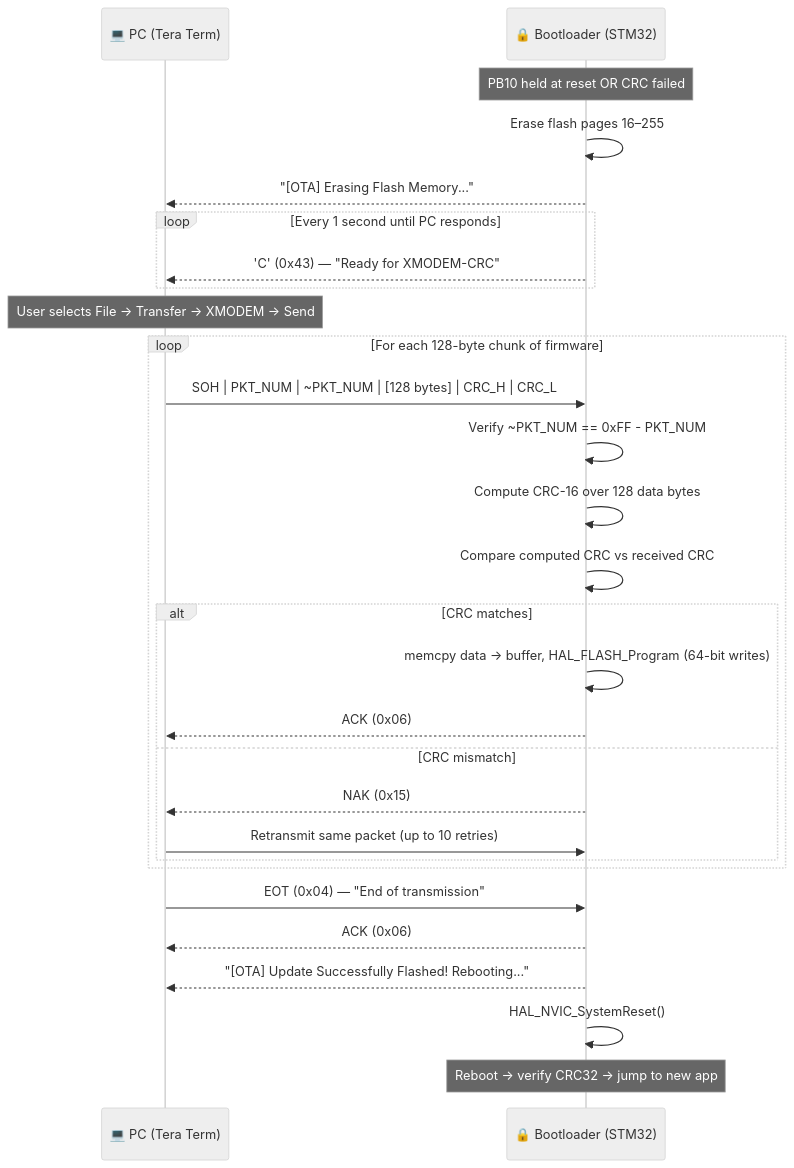
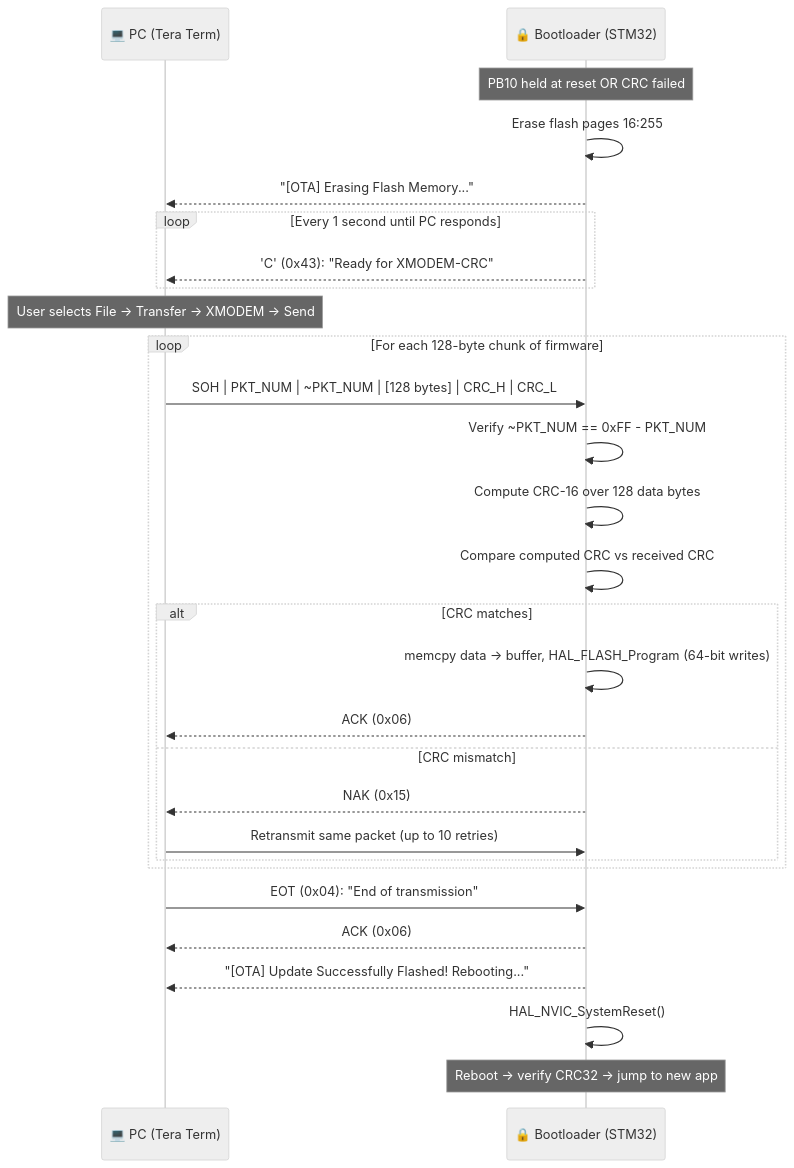
Before and after one commit to HeetYadav/STM32-FreeRTOS-Advanced-Embedded-System: the diagram in docs/07_ota_xmodem.md, drawn with Mermaid (neutral theme). The commit also changed other lines of this file and 16 other files, not shown here.

````diff
--- a/docs/07_ota_xmodem.md
+++ b/docs/07_ota_xmodem.md
@@ -162,38 +162,38 @@
 ```mermaid
 sequenceDiagram
     participant PC as 💻 PC (Tera Term)
     participant BL as 🔒 Bootloader (STM32)
 
     Note over BL: PB10 held at reset OR CRC failed
-    BL->>BL: Erase flash pages 16–255
+    BL->>BL: Erase flash pages 16:255
     BL-->>PC: "[OTA] Erasing Flash Memory..."
 
     loop Every 1 second until PC responds
-        BL-->>PC: 'C' (0x43) — "Ready for XMODEM-CRC"
+        BL-->>PC: 'C' (0x43): "Ready for XMODEM-CRC"
     end
 
     Note over PC: User selects File → Transfer → XMODEM → Send
 
     loop For each 128-byte chunk of firmware
         PC->>BL: SOH | PKT_NUM | ~PKT_NUM | [128 bytes] | CRC_H | CRC_L
 
         BL->>BL: Verify ~PKT_NUM == 0xFF - PKT_NUM
         BL->>BL: Compute CRC-16 over 128 data bytes
         BL->>BL: Compare computed CRC vs received CRC
 
         alt CRC matches
             BL->>BL: memcpy data → buffer, HAL_FLASH_Program (64-bit writes)
             BL-->>PC: ACK (0x06)
         else CRC mismatch
             BL-->>PC: NAK (0x15)
             PC->>BL: Retransmit same packet (up to 10 retries)
         end
     end
 
-    PC->>BL: EOT (0x04) — "End of transmission"
+    PC->>BL: EOT (0x04): "End of transmission"
     BL-->>PC: ACK (0x06)
     BL-->>PC: "[OTA] Update Successfully Flashed! Rebooting..."
     BL->>BL: HAL_NVIC_SystemReset()
 
     Note over BL: Reboot → verify CRC32 → jump to new app
 ```
````
